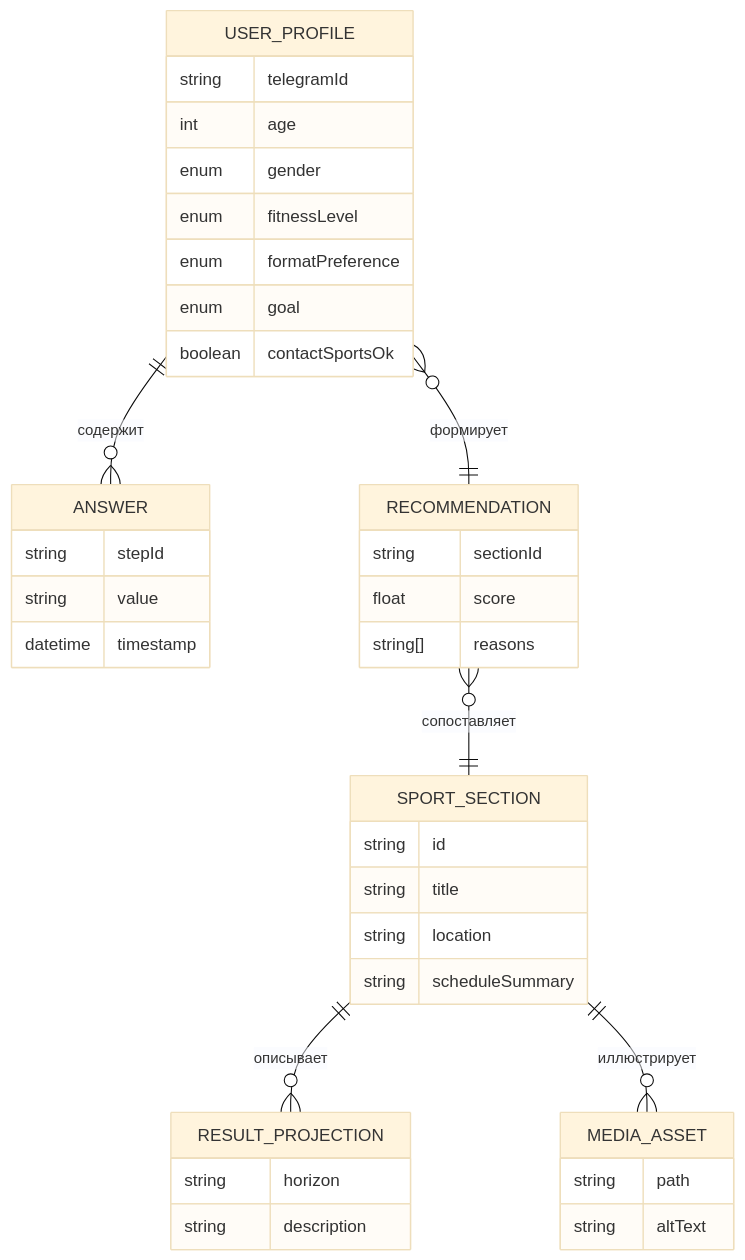
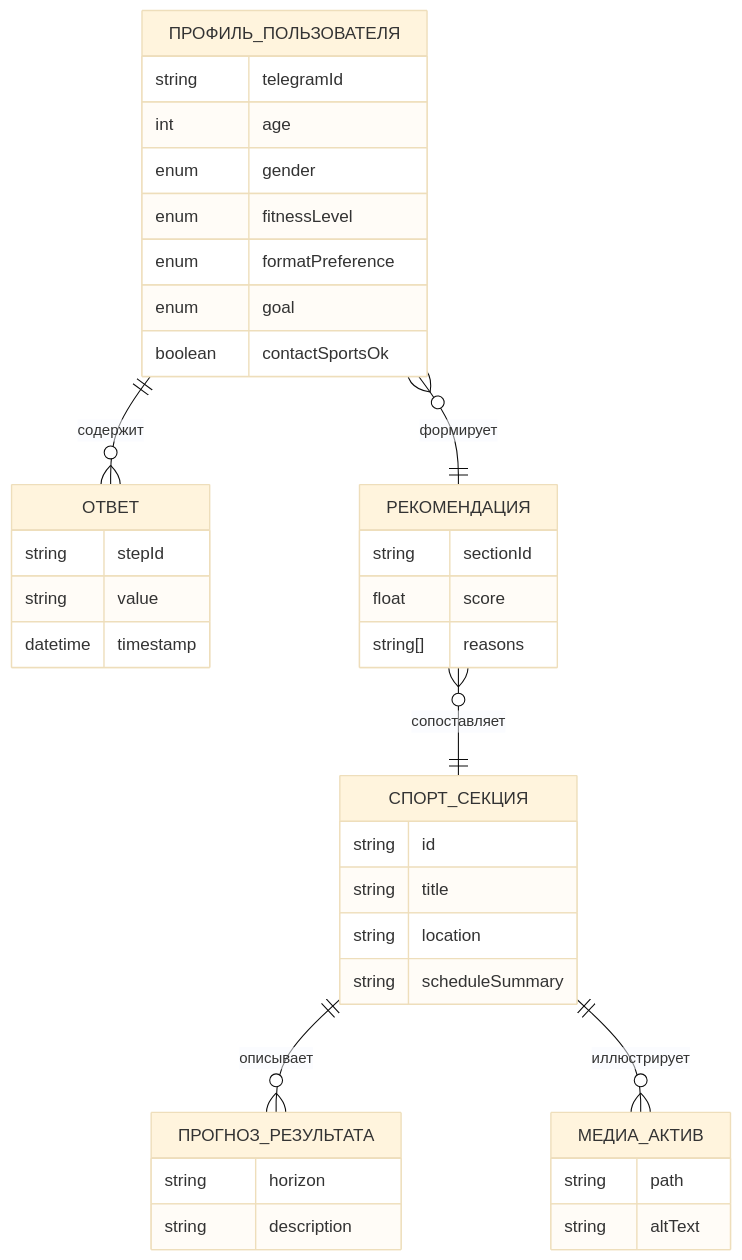
Before and after one commit to kotru21/bsuir: the seventh of 7 diagrams in README.md, drawn with Mermaid (base theme). The commit also changed other lines of this file, not shown here.

````diff
--- a/README.md
+++ b/README.md
@@ -254,47 +254,47 @@
 ```mermaid
 erDiagram
-      USER_PROFILE ||--o{ ANSWER : содержит
-      USER_PROFILE }o--|| RECOMMENDATION : формирует
-      RECOMMENDATION }o--|| SPORT_SECTION : сопоставляет
-      SPORT_SECTION ||--o{ RESULT_PROJECTION : описывает
-      SPORT_SECTION ||--o{ MEDIA_ASSET : иллюстрирует
+   ПРОФИЛЬ_ПОЛЬЗОВАТЕЛЯ ||--o{ ОТВЕТ : содержит
+   ПРОФИЛЬ_ПОЛЬЗОВАТЕЛЯ }o--|| РЕКОМЕНДАЦИЯ : формирует
+   РЕКОМЕНДАЦИЯ }o--|| СПОРТ_СЕКЦИЯ : сопоставляет
+   СПОРТ_СЕКЦИЯ ||--o{ ПРОГНОЗ_РЕЗУЛЬТАТА : описывает
+   СПОРТ_СЕКЦИЯ ||--o{ МЕДИА_АКТИВ : иллюстрирует
 
-      USER_PROFILE {
-            string telegramId
-            int age
-            enum gender
-            enum fitnessLevel
-            enum formatPreference
-            enum goal
-            boolean contactSportsOk
-      }
+   ПРОФИЛЬ_ПОЛЬЗОВАТЕЛЯ {
+      string telegramId
+      int age
+      enum gender
+      enum fitnessLevel
+      enum formatPreference
+      enum goal
+      boolean contactSportsOk
+   }
 
-      ANSWER {
-            string stepId
-            string value
-            datetime timestamp
-      }
+   ОТВЕТ {
+      string stepId
+      string value
+      datetime timestamp
+   }
 
-      SPORT_SECTION {
-            string id
-            string title
-            string location
-            string scheduleSummary
-      }
+   СПОРТ_СЕКЦИЯ {
+      string id
+      string title
+      string location
+      string scheduleSummary
+   }
 
-      RECOMMENDATION {
-            string sectionId
-            float score
-            string[] reasons
-      }
+   РЕКОМЕНДАЦИЯ {
+      string sectionId
+      float score
+      string[] reasons
+   }
 
-      RESULT_PROJECTION {
-            string horizon
-            string description
-      }
+   ПРОГНОЗ_РЕЗУЛЬТАТА {
+      string horizon
+      string description
+   }
 
-      MEDIA_ASSET {
-            string path
-            string altText
-      }
+   МЕДИА_АКТИВ {
+      string path
+      string altText
+   }
 ```
````
